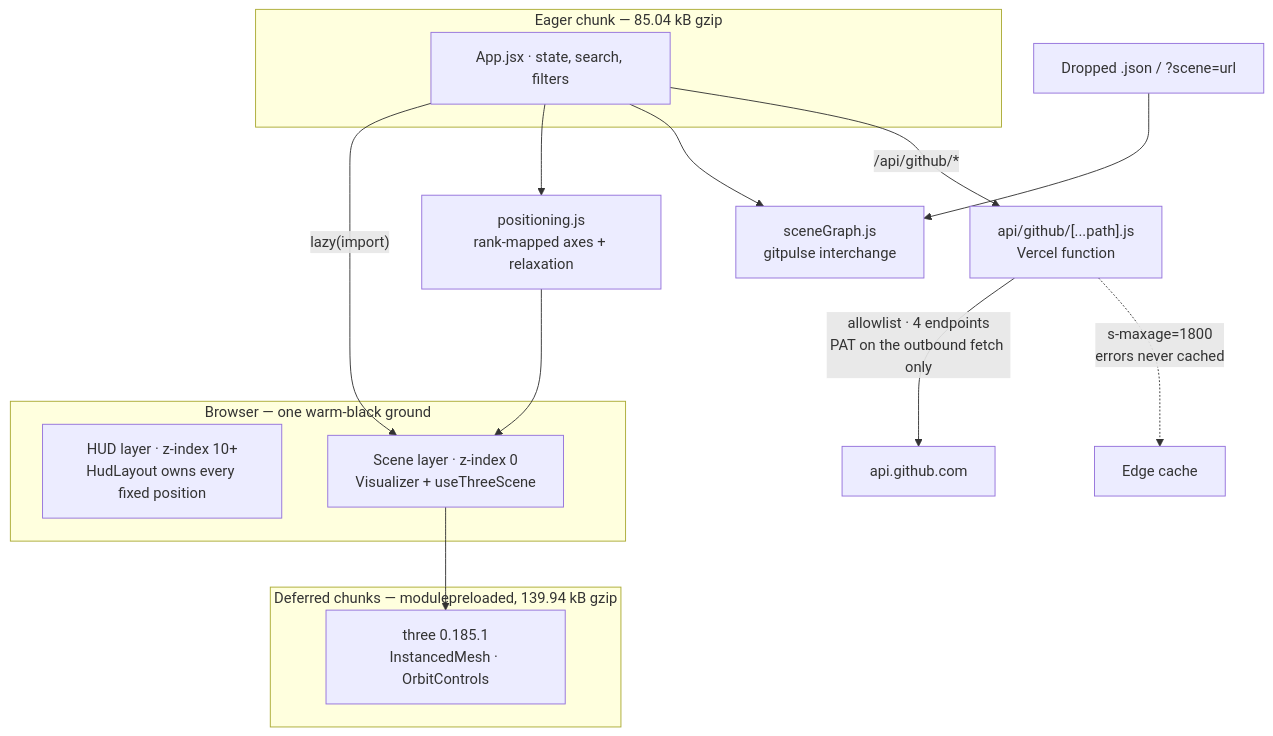
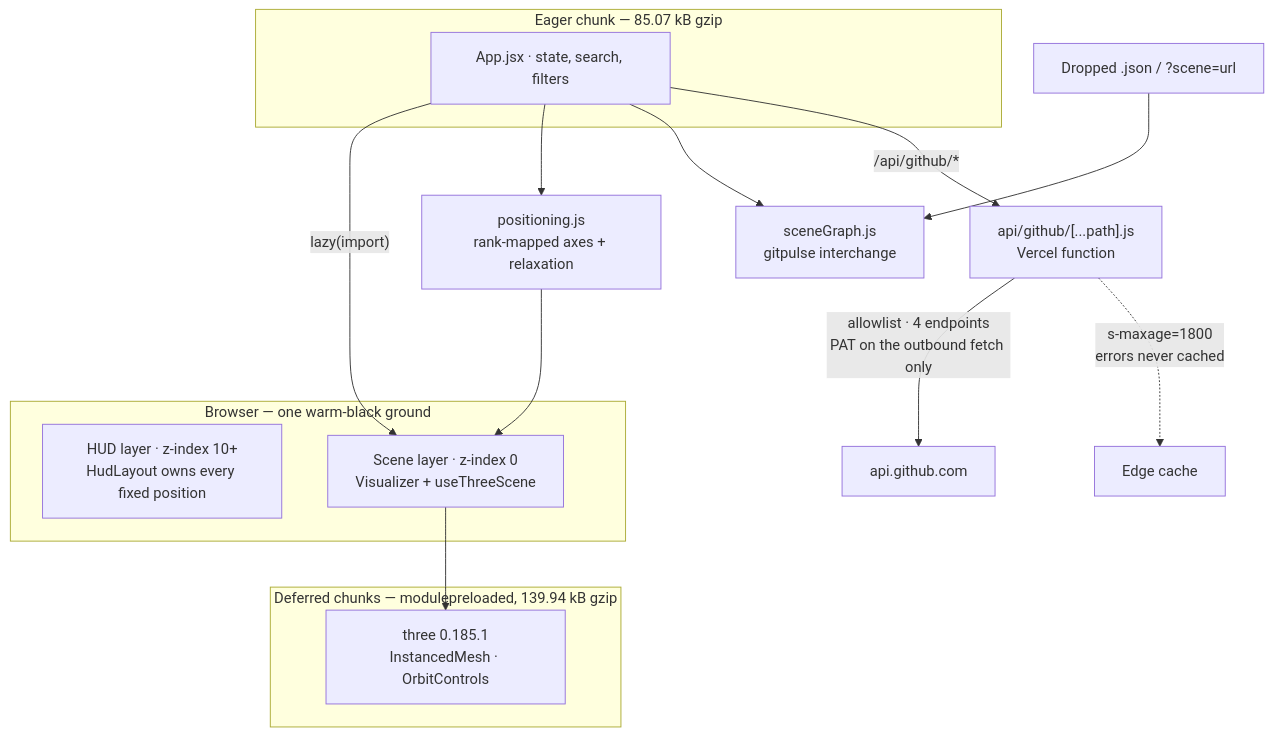
Before and after one commit to br9704/github-3d-visualizer: the diagram in README.md, drawn with Mermaid. The commit also changed other lines of this file and 4 other files, not shown here.

````diff
--- a/README.md
+++ b/README.md
@@ -50,29 +50,29 @@
 ```mermaid
 flowchart TD
     subgraph browser["Browser — one warm-black ground"]
         HUD["HUD layer · z-index 10+<br/>HudLayout owns every fixed position"]
         SCENE["Scene layer · z-index 0<br/>Visualizer + useThreeScene"]
     end
 
-    subgraph eager["Eager chunk — 85.04 kB gzip"]
+    subgraph eager["Eager chunk — 85.07 kB gzip"]
         APP["App.jsx · state, search, filters"]
         HUD
     end
 
     subgraph deferred["Deferred chunks — modulepreloaded, 139.94 kB gzip"]
         SCENE
         THREE["three 0.185.1<br/>InstancedMesh · OrbitControls"]
     end
 
     APP -->|"lazy(import)"| SCENE
     SCENE --> THREE
     APP --> POS["positioning.js<br/>rank-mapped axes + relaxation"]
     POS --> SCENE
     APP --> GRAPH["sceneGraph.js<br/>gitpulse interchange"]
 
     APP -->|"/api/github/*"| PROXY["api/github/[...path].js<br/>Vercel function"]
     PROXY -->|"allowlist · 4 endpoints<br/>PAT on the outbound fetch only"| GH["api.github.com"]
     PROXY -.->|"s-maxage=1800<br/>errors never cached"| EDGE["Edge cache"]
 
     FILE["Dropped .json / ?scene=url"] --> GRAPH
 ```
````
